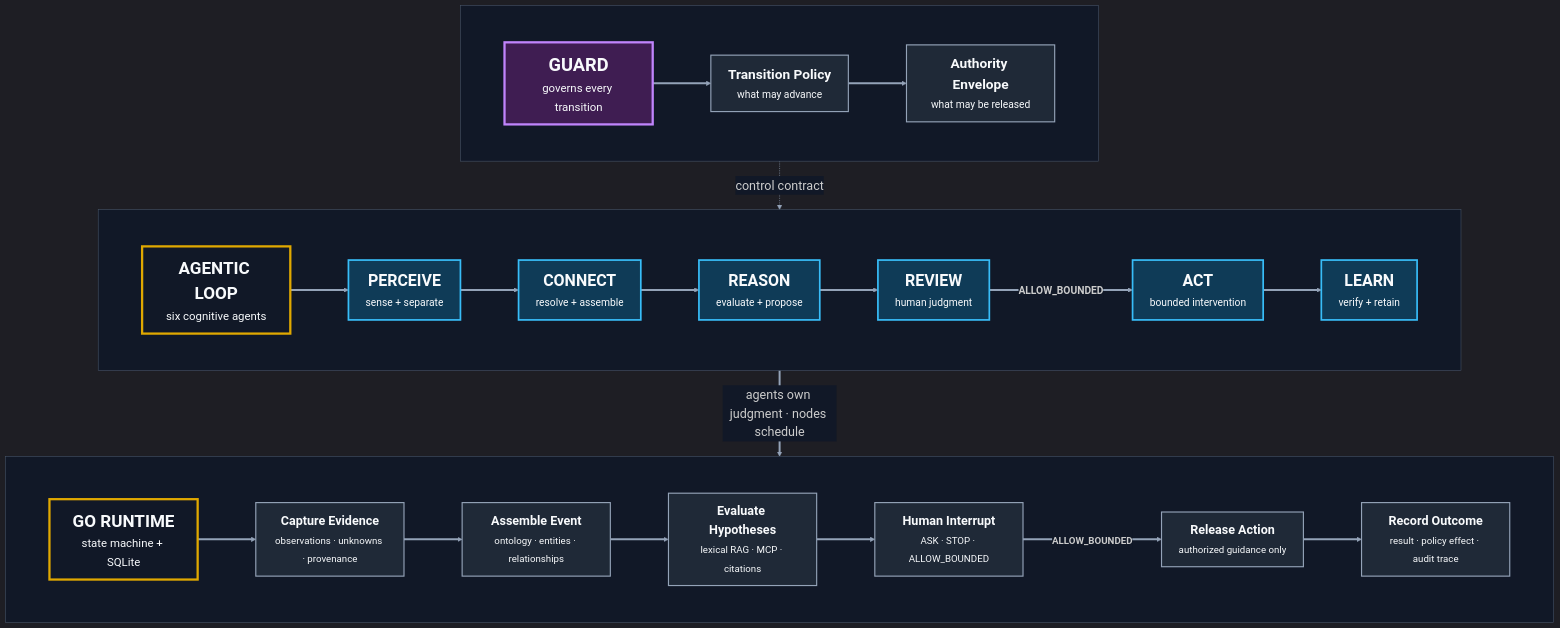
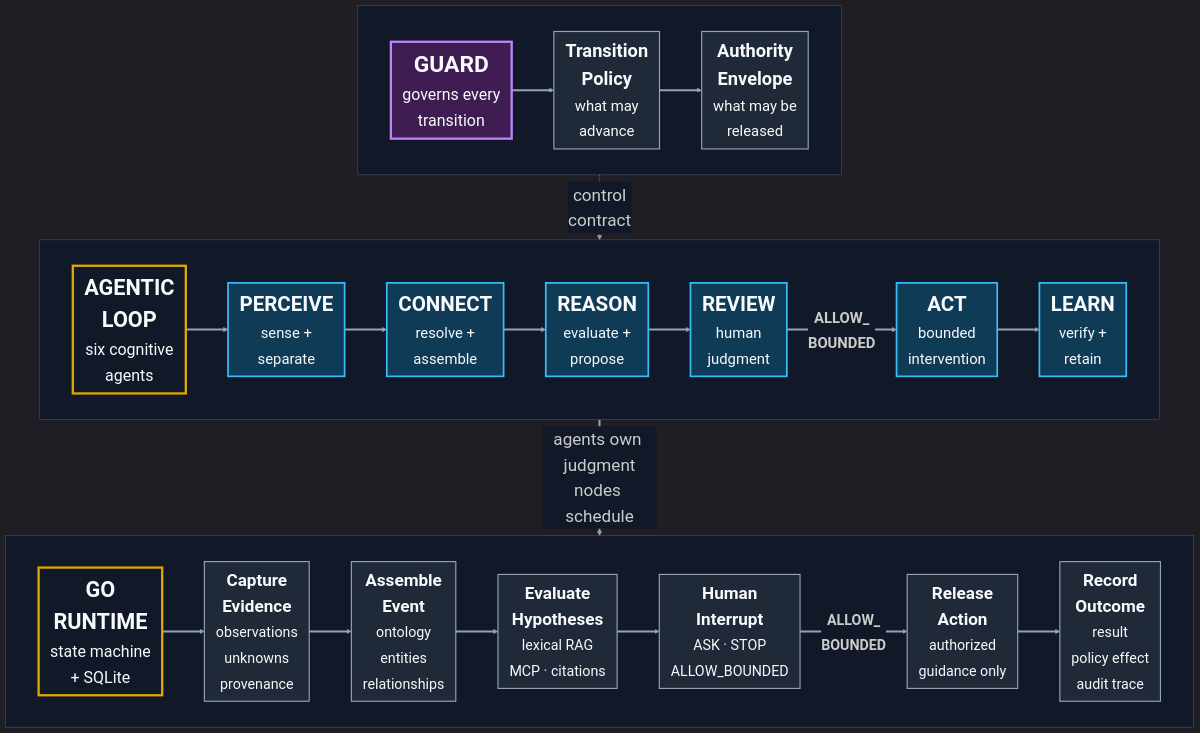
The first of 2 diagrams in README.md (aixstudio/agentic-salmon-go), drawn with Mermaid before and after one commit. The commit also changed other lines of this file, not shown here.

Commit message:
docs: lead with architecture and clarify proof journey

````diff
--- a/README.md
+++ b/README.md
@@ -30,61 +14,61 @@
 ```mermaid
-%%{init: {"theme":"dark","themeVariables":{"fontSize":"22px","primaryTextColor":"#F8FAFC","lineColor":"#94A3B8","clusterBkg":"#111827","clusterBorder":"#475569","edgeLabelBackground":"#111827"},"flowchart":{"nodeSpacing":32,"rankSpacing":52,"htmlLabels":true,"curve":"basis"}}}%%
+%%{init: {"theme":"dark","themeVariables":{"fontSize":"30px","primaryTextColor":"#F8FAFC","lineColor":"#94A3B8","clusterBkg":"#111827","clusterBorder":"#475569","edgeLabelBackground":"#111827"},"flowchart":{"nodeSpacing":22,"rankSpacing":24,"padding":10,"wrappingWidth":180,"htmlLabels":true,"curve":"basis"}}}%%
 flowchart TB
     subgraph GUARD_BAND[" "]
         direction TB
         subgraph GUARD_ROW[" "]
             direction LR
-            G["<span style='font-size:32px'><b>GUARD</b></span><br/><span style='font-size:20px'>governs every transition</span>"]
-            TP["<span style='font-size:24px'><b>Transition Policy</b></span><br/><span style='font-size:18px'>what may advance</span>"]
-            AE["<span style='font-size:24px'><b>Authority Envelope</b></span><br/><span style='font-size:18px'>what may be released</span>"]
+            G["<span style='font-size:40px'><b>GUARD</b></span><br/><span style='font-size:28px'>governs every<br/>transition</span>"]
+            TP["<span style='font-size:32px'><b>Transition<br/>Policy</b></span><br/><span style='font-size:26px'>what may<br/>advance</span>"]
+            AE["<span style='font-size:32px'><b>Authority<br/>Envelope</b></span><br/><span style='font-size:26px'>what may be<br/>released</span>"]
             G ==> TP ==> AE
         end
     end
 
     subgraph AGENT_BAND[" "]
         direction TB
         subgraph AGENT_ROW[" "]
             direction LR
-            LOOP["<span style='font-size:30px'><b>AGENTIC LOOP</b></span><br/><span style='font-size:20px'>six cognitive agents</span>"]
-            P["<span style='font-size:28px'><b>PERCEIVE</b></span><br/><span style='font-size:18px'>sense + separate</span>"]
-            C["<span style='font-size:28px'><b>CONNECT</b></span><br/><span style='font-size:18px'>resolve + assemble</span>"]
-            R["<span style='font-size:28px'><b>REASON</b></span><br/><span style='font-size:18px'>evaluate + propose</span>"]
-            V["<span style='font-size:28px'><b>REVIEW</b></span><br/><span style='font-size:18px'>human judgment</span>"]
-            A["<span style='font-size:28px'><b>ACT</b></span><br/><span style='font-size:18px'>bounded intervention</span>"]
-            L["<span style='font-size:28px'><b>LEARN</b></span><br/><span style='font-size:18px'>verify + retain</span>"]
+            LOOP["<span style='font-size:38px'><b>AGENTIC<br/>LOOP</b></span><br/><span style='font-size:28px'>six cognitive<br/>agents</span>"]
+            P["<span style='font-size:36px'><b>PERCEIVE</b></span><br/><span style='font-size:26px'>sense +<br/>separate</span>"]
+            C["<span style='font-size:36px'><b>CONNECT</b></span><br/><span style='font-size:26px'>resolve +<br/>assemble</span>"]
+            R["<span style='font-size:36px'><b>REASON</b></span><br/><span style='font-size:26px'>evaluate +<br/>propose</span>"]
+            V["<span style='font-size:36px'><b>REVIEW</b></span><br/><span style='font-size:26px'>human<br/>judgment</span>"]
+            A["<span style='font-size:36px'><b>ACT</b></span><br/><span style='font-size:26px'>bounded<br/>intervention</span>"]
+            L["<span style='font-size:36px'><b>LEARN</b></span><br/><span style='font-size:26px'>verify +<br/>retain</span>"]
             LOOP ==> P ==> C ==> R ==> V
-            V ==>|<span style='font-size:18px'><b>ALLOW_BOUNDED</b></span>| A ==> L
+            V ==>|<span style='font-size:26px'><b>ALLOW_<br/>BOUNDED</b></span>| A ==> L
         end
     end
 
     subgraph GO_RUNTIME_BAND[" "]
         direction TB
         subgraph GO_RUNTIME_ROW[" "]
             direction LR
-            LG["<span style='font-size:30px'><b>GO RUNTIME</b></span><br/><span style='font-size:20px'>state machine + SQLite</span>"]
-            N1["<span style='font-size:22px'><b>Capture Evidence</b></span><br/><span style='font-size:17px'>observations · unknowns · provenance</span>"]
-            N2["<span style='font-size:22px'><b>Assemble Event</b></span><br/><span style='font-size:17px'>ontology · entities · relationships</span>"]
-            N3["<span style='font-size:22px'><b>Evaluate Hypotheses</b></span><br/><span style='font-size:17px'>lexical RAG · MCP · citations</span>"]
-            N4["<span style='font-size:22px'><b>Human Interrupt</b></span><br/><span style='font-size:17px'>ASK · STOP · ALLOW_BOUNDED</span>"]
-            N5["<span style='font-size:22px'><b>Release Action</b></span><br/><span style='font-size:17px'>authorized guidance only</span>"]
-            N6["<span style='font-size:22px'><b>Record Outcome</b></span><br/><span style='font-size:17px'>result · policy effect · audit trace</span>"]
+            LG["<span style='font-size:38px'><b>GO<br/>RUNTIME</b></span><br/><span style='font-size:28px'>state machine<br/>+ SQLite</span>"]
+            N1["<span style='font-size:30px'><b>Capture<br/>Evidence</b></span><br/><span style='font-size:25px'>observations<br/>unknowns<br/>provenance</span>"]
+            N2["<span style='font-size:30px'><b>Assemble<br/>Event</b></span><br/><span style='font-size:25px'>ontology<br/>entities<br/>relationships</span>"]
+            N3["<span style='font-size:30px'><b>Evaluate<br/>Hypotheses</b></span><br/><span style='font-size:25px'>lexical RAG<br/>MCP · citations</span>"]
+            N4["<span style='font-size:30px'><b>Human<br/>Interrupt</b></span><br/><span style='font-size:25px'>ASK · STOP<br/>ALLOW_BOUNDED</span>"]
+            N5["<span style='font-size:30px'><b>Release<br/>Action</b></span><br/><span style='font-size:25px'>authorized<br/>guidance only</span>"]
+            N6["<span style='font-size:30px'><b>Record<br/>Outcome</b></span><br/><span style='font-size:25px'>result<br/>policy effect<br/>audit trace</span>"]
             LG ==> N1 ==> N2 ==> N3 ==> N4
-            N4 ==>|<span style='font-size:17px'><b>ALLOW_BOUNDED</b></span>| N5 ==> N6
+            N4 ==>|<span style='font-size:25px'><b>ALLOW_<br/>BOUNDED</b></span>| N5 ==> N6
         end
     end
 
-    GUARD_BAND -. "control contract" .-> AGENT_BAND
-    AGENT_BAND == "agents own judgment · nodes schedule" ==> GO_RUNTIME_BAND
+    GUARD_BAND -. "control<br/>contract" .-> AGENT_BAND
+    AGENT_BAND == "agents own judgment<br/>nodes schedule" ==> GO_RUNTIME_BAND
 
     classDef agent fill:#0F3B57,stroke:#38BDF8,stroke-width:3px,color:#F8FAFC;
     classDef artifact fill:#1F2937,stroke:#94A3B8,stroke-width:2px,color:#F8FAFC;
     classDef bandLabel fill:#111827,stroke:#E0A800,stroke-width:4px,color:#F8FAFC;
     classDef guard fill:#3F1D52,stroke:#C084FC,stroke-width:4px,color:#F8FAFC;
     class P,C,R,V,A,L agent;
     class N1,N2,N3,N4,N5,N6,TP,AE artifact;
     class G guard;
     class LOOP,LG bandLabel;
     style GUARD_ROW fill:transparent,stroke:transparent
     style AGENT_ROW fill:transparent,stroke:transparent
     style GO_RUNTIME_ROW fill:transparent,stroke:transparent
 ```
````
